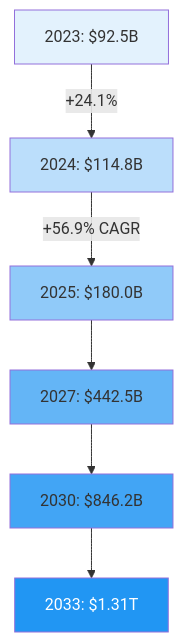
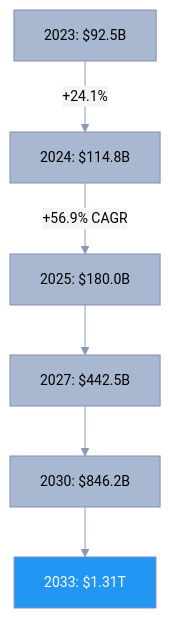
The second of 7 diagrams in business-documents/market-analysis/03-market-size-growth.md (o2alexanderfedin/AI-Hive-Business-Docs), drawn with Mermaid before and after one commit. The commit also changed other lines of this file and 8 other files, not shown here.

First line of the commit message:
feat: Update Mermaid diagram colors with muted palette

````diff
--- a/business-documents/market-analysis/03-market-size-growth.md
+++ b/business-documents/market-analysis/03-market-size-growth.md
@@ -57,15 +119,75 @@
 ```mermaid
+%%{init: {
+  'theme': 'base',
+  'themeVariables': {
+    'primaryColor': '#A8B8D0',
+    'primaryTextColor': '#000000',
+    'primaryBorderColor': '#8A9AB2',
+    'lineColor': '#8A9AB2',
+    'secondaryColor': '#5DBCB6',
+    'secondaryTextColor': '#000000',
+    'secondaryBorderColor': '#3D9A94',
+    'tertiaryColor': '#84D4F5',
+    'tertiaryTextColor': '#000000',
+    'tertiaryBorderColor': '#5ABCD8',
+    'background': '#F5F5F5',
+    'mainBkg': '#A8B8D0',
+    'secondBkg': '#5DBCB6',
+    'tertiaryBkg': '#84D4F5',
+    'mainContrastColor': '#000000',
+    'darkMode': false,
+    'fontFamily': 'Arial, sans-serif',
+    'fontSize': '14px',
+    'labelBackground': '#E8E8E8',
+    'textColor': '#000000',
+    'nodeBkg': '#B3B2D8',
+    'nodeTextColor': '#000000',
+    'nodeBorder': '#8A89C0',
+    'clusterBkg': '#E5C4CA',
+    'clusterBorder': '#CDA2AB',
+    'defaultLinkColor': '#8A9AB2',
+    'titleColor': '#000000',
+    'edgeLabelBackground': '#F5F5F5',
+    'actorBorder': '#8A9AB2',
+    'actorBkg': '#B3B2D8',
+    'actorTextColor': '#000000',
+    'actorLineColor': '#8A9AB2',
+    'signalColor': '#000000',
+    'signalTextColor': '#000000',
+    'activationBorderColor': '#8A9AB2',
+    'activationBkgColor': '#E5C4CA',
+    'sequenceNumberColor': '#000000',
+    'sectionBkgColor': '#FFD54F',
+    'altSectionBkgColor': '#FFB74D',
+    'sectionBkgColor2': '#E1B3C4',
+    'taskBorderColor': '#8A9AB2',
+    'taskBkgColor': '#B3B2D8',
+    'taskTextColor': '#000000',
+    'taskTextLightColor': '#000000',
+    'taskTextOutsideColor': '#000000',
+    'taskTextClickableColor': '#000000',
+    'activeTaskBorderColor': '#A8B8D0',
+    'activeTaskBkgColor': '#84D4F5',
+    'gridColor': '#C0C0C0',
+    'doneTaskBkgColor': '#5DBCB6',
+    'doneTaskBorderColor': '#3D9A94',
+    'critBorderColor': '#E27D00',
+    'critBkgColor': '#FFB74D',
+    'todayLineColor': '#E27D00',
+    'labelColor': '#000000',
+    'errorBkgColor': '#E1B3C4',
+    'errorTextColor': '#000000'
+  }
+}}%%
 graph TD
     A[2023: $92.5B] -->|+24.1%| B[2024: $114.8B]
     B -->|+56.9% CAGR| C[2025: $180.0B]
     C --> D[2027: $442.5B]
     D --> E[2030: $846.2B]
     E --> F[2033: $1.31T]
 
-    style A fill:#E3F2FD
-    style B fill:#BBDEFB
-    style C fill:#90CAF9
-    style D fill:#64B5F6
-    style E fill:#42A5F5
+
+
+
     style F fill:#2196F3,color:#fff
 ```
````
